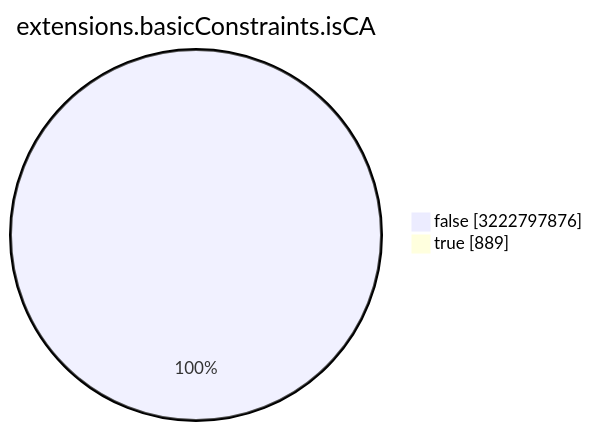
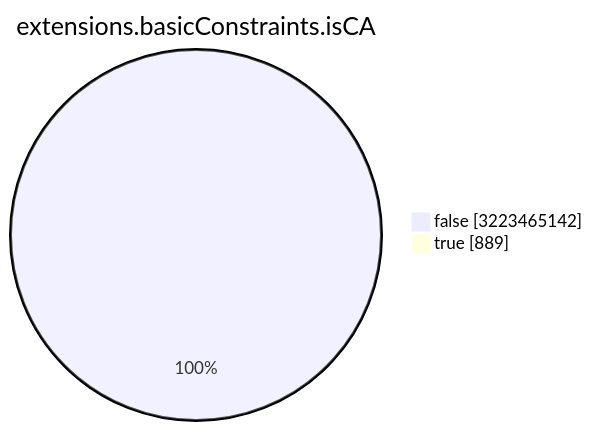
The seventh of 15 diagrams in TOTAL/README.md (christiankrug/ctmonitor_visualization), drawn with Mermaid before and after one commit. The commit also changed other lines of this file, not shown here.

````diff
--- a/TOTAL/README.md
+++ b/TOTAL/README.md
@@ -3088,6 +3088,6 @@
 ```mermaid
 pie showData
 title extensions.basicConstraints.isCA
-"false" :3222797876
+"false" :3223465142
 "true" :889
 ```
````
